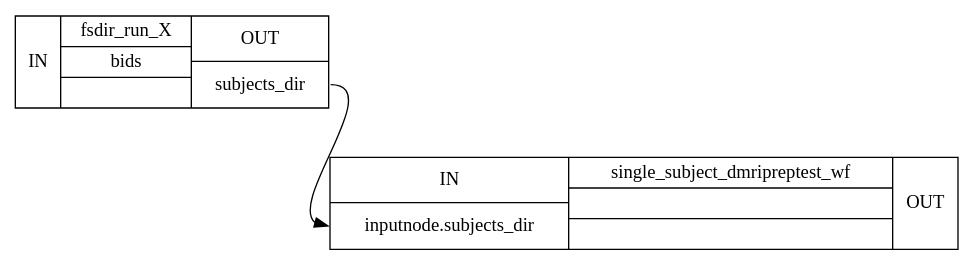
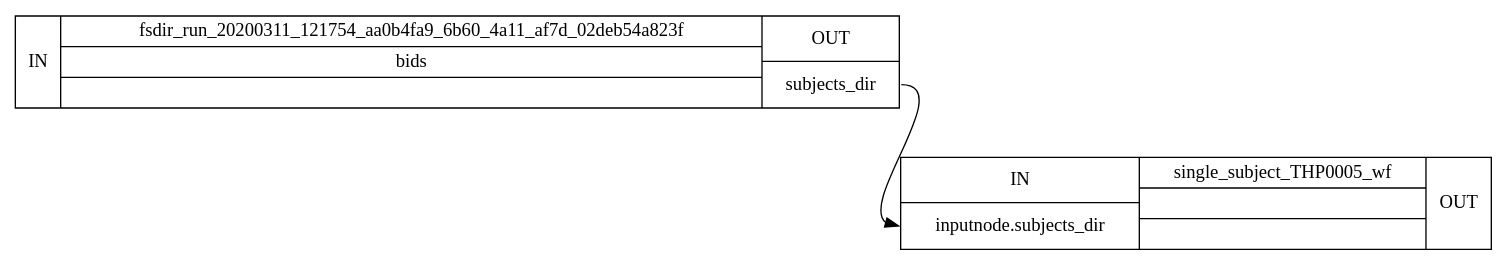
Before and after one commit to nipreps/dmriprep: the diagram in 0.2.1/wf_directive/api/dmriprep_wf/dmriprep-workflows-base-1_detailed.dot, drawn with Graphviz. The commit also changed 349 other files, not shown here.

```diff
--- a/0.2.1/wf_directive/api/dmriprep_wf/dmriprep-workflows-base-1_detailed.dot
+++ b/0.2.1/wf_directive/api/dmriprep_wf/dmriprep-workflows-base-1_detailed.dot
@@ -1,6 +1,6 @@
 digraph structs {
 node [shape=record];
-dmriprep_wffsdir_run_X [label="{IN}|{ fsdir_run_X | bids |  }|{OUT|<outsubjectsdir> subjects_dir}"];
-dmriprep_wfsingle_subject_dmripreptest_wf [label="{IN|<ininputnodesubjectsdir> inputnode.subjects_dir}|{ single_subject_dmripreptest_wf |  |  }|{OUT}"];
-dmriprep_wffsdir_run_X:outsubjectsdir:e -> dmriprep_wfsingle_subject_dmripreptest_wf:ininputnodesubjectsdir:w;
+dmriprep_wffsdir_run_20200311_121754_aa0b4fa9_6b60_4a11_af7d_02deb54a823f [label="{IN}|{ fsdir_run_20200311_121754_aa0b4fa9_6b60_4a11_af7d_02deb54a823f | bids |  }|{OUT|<outsubjectsdir> subjects_dir}"];
+dmriprep_wfsingle_subject_THP0005_wf [label="{IN|<ininputnodesubjectsdir> inputnode.subjects_dir}|{ single_subject_THP0005_wf |  |  }|{OUT}"];
+dmriprep_wffsdir_run_20200311_121754_aa0b4fa9_6b60_4a11_af7d_02deb54a823f:outsubjectsdir:e -> dmriprep_wfsingle_subject_THP0005_wf:ininputnodesubjectsdir:w;
 }
```
